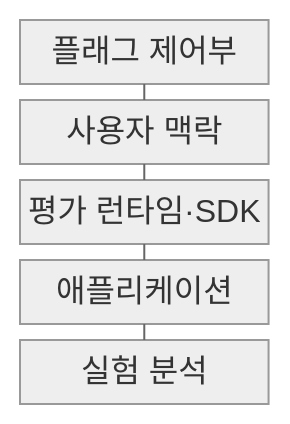
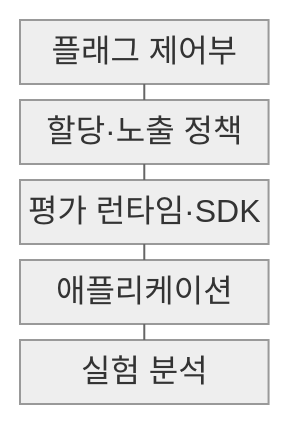
Before and after one commit to agnusdei1207/knowledge-base: the first of 2 diagrams in src/content/docs/notes/03-software/220_feature_toggle_experimentation.md, drawn with Mermaid (neutral theme). The commit also changed other lines of this file and 20 other files, not shown here.

````diff
--- a/src/content/docs/notes/03-software/220_feature_toggle_experimentation.md
+++ b/src/content/docs/notes/03-software/220_feature_toggle_experimentation.md
@@ -55,13 +58,13 @@
 ```mermaid
 block-beta
     columns 1
     A["플래그 제어부"]
-    B["사용자 맥락"]
+    B["할당·노출 정책"]
     C["평가 런타임·SDK"]
     D["애플리케이션"]
     E["실험 분석"]
     A --- B
     B --- C
     C --- D
     D --- E
 ```
````
